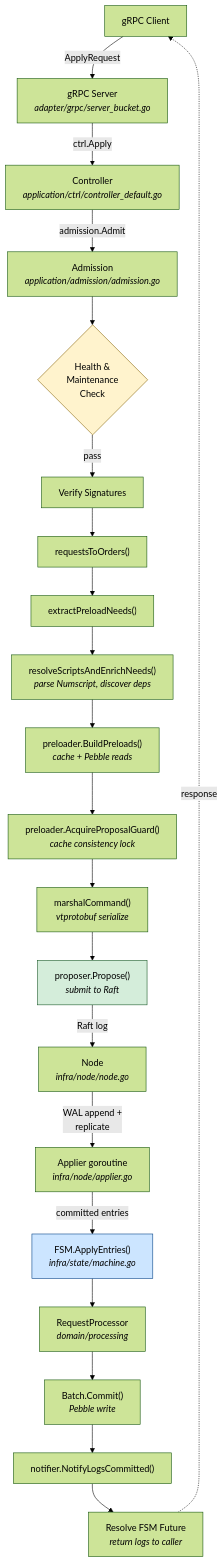
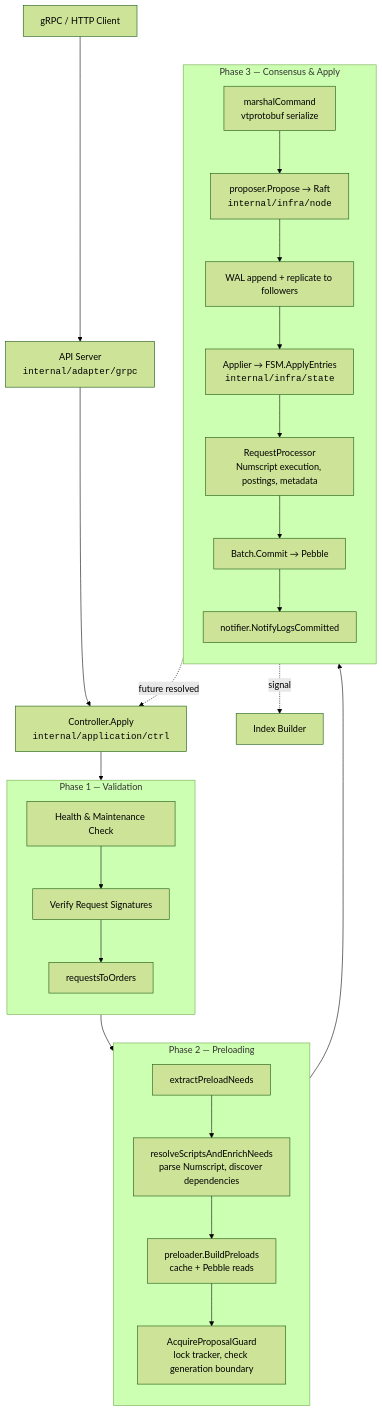
One commit to formancehq/ledger changed the first of 5 diagrams in docs/technical/architecture-overview.md. Above: the diagram before and after it, drawn with Mermaid (forest theme). The commit also changed other lines of this file and 3 other files, not shown here.

First line of the commit message:
docs: enrich architecture docs with subsystem coverage and diagrams

````diff
--- a/docs/technical/architecture-overview.md
+++ b/docs/technical/architecture-overview.md
@@ -21,30 +21,42 @@
 ```mermaid
 flowchart TB
-    Client["gRPC Client"] -->|ApplyRequest| GRPC["gRPC Server<br/><i>adapter/grpc/server_bucket.go</i>"]
-    GRPC -->|ctrl.Apply| CTRL["Controller<br/><i>application/ctrl/controller_default.go</i>"]
-    CTRL -->|admission.Admit| ADM["Admission<br/><i>application/admission/admission.go</i>"]
+    Client["gRPC / HTTP Client"] --> API["API Server<br/><code>internal/adapter/grpc</code>"]
+    API --> Ctrl["Controller.Apply<br/><code>internal/application/ctrl</code>"]
+    Ctrl --> Adm
 
-    ADM --> HC{"Health &<br/>Maintenance<br/>Check"}
-    HC -->|pass| SIG["Verify Signatures"]
-    SIG --> ORDERS["requestsToOrders()"]
-    ORDERS --> NEEDS["extractPreloadNeeds()"]
-    NEEDS --> SCRIPTS["resolveScriptsAndEnrichNeeds()<br/><i>parse Numscript, discover deps</i>"]
-    SCRIPTS --> PRELOAD["preloader.BuildPreloads()<br/><i>cache + Pebble reads</i>"]
-    PRELOAD --> GUARD["preloader.AcquireProposalGuard()<br/><i>cache consistency lock</i>"]
-    GUARD --> MARSHAL["marshalCommand()<br/><i>vtprotobuf serialize</i>"]
-    MARSHAL --> PROPOSE["proposer.Propose()<br/><i>submit to Raft</i>"]
+    subgraph Adm["Phase 1 — Validation"]
+        direction TB
+        HealthCheck["Health & Maintenance Check"]
+        SigVerify["Verify Request Signatures"]
+        ToOrders["requestsToOrders"]
+        HealthCheck --> SigVerify --> ToOrders
+    end
 
-    PROPOSE -->|Raft log| NODE["Node<br/><i>infra/node/node.go</i>"]
-    NODE -->|WAL append +<br/>replicate| APPLIER["Applier goroutine<br/><i>infra/node/applier.go</i>"]
-    APPLIER -->|committed entries| FSM["FSM.ApplyEntries()<br/><i>infra/state/machine.go</i>"]
-    FSM --> PROC["RequestProcessor<br/><i>domain/processing</i>"]
-    PROC --> BATCH["Batch.Commit()<br/><i>Pebble write</i>"]
-    BATCH --> NOTIFY["notifier.NotifyLogsCommitted()"]
-    NOTIFY --> FUTURE["Resolve FSM Future<br/><i>return logs to caller</i>"]
+    ToOrders --> Preload
 
-    FUTURE -.->|response| Client
+    subgraph Preload["Phase 2 — Preloading"]
+        direction TB
+        ExtractNeeds["extractPreloadNeeds"]
+        ResolveScripts["resolveScriptsAndEnrichNeeds<br/>parse Numscript, discover dependencies"]
+        BuildPreloads["preloader.BuildPreloads<br/>cache + Pebble reads"]
+        Guard["AcquireProposalGuard<br/>lock tracker, check generation boundary"]
+        ExtractNeeds --> ResolveScripts --> BuildPreloads --> Guard
+    end
 
-    style HC fill:#fff3cd,stroke:#856404
-    style PROPOSE fill:#d4edda,stroke:#155724
-    style FSM fill:#cce5ff,stroke:#004085
+    Guard --> Consensus
+
+    subgraph Consensus["Phase 3 — Consensus & Apply"]
+        direction TB
+        Marshal["marshalCommand<br/>vtprotobuf serialize"]
+        Propose["proposer.Propose → Raft<br/><code>internal/infra/node</code>"]
+        Replicate["WAL append + replicate to followers"]
+        Apply["Applier → FSM.ApplyEntries<br/><code>internal/infra/state</code>"]
+        Process["RequestProcessor<br/>Numscript execution, postings, metadata"]
+        Commit["Batch.Commit → Pebble"]
+        Notify["notifier.NotifyLogsCommitted"]
+        Marshal --> Propose --> Replicate --> Apply --> Process --> Commit --> Notify
+    end
+
+    Notify -.->|signal| IndexBuilder["Index Builder"]
+    Commit -.->|future resolved| Ctrl
 ```
````
